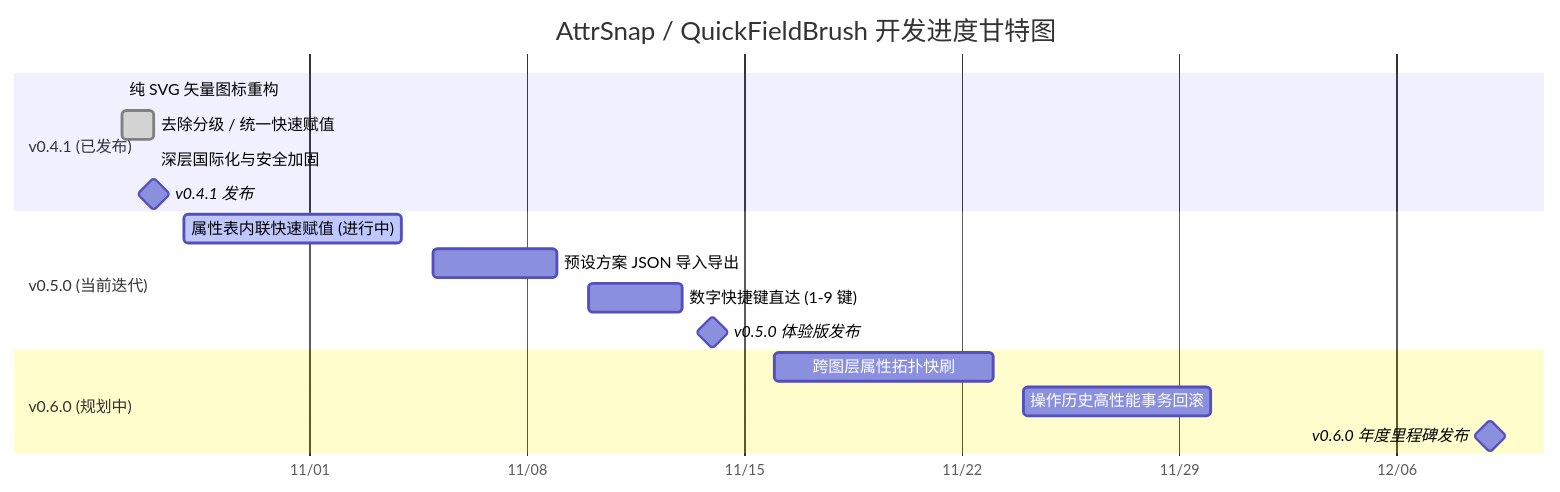
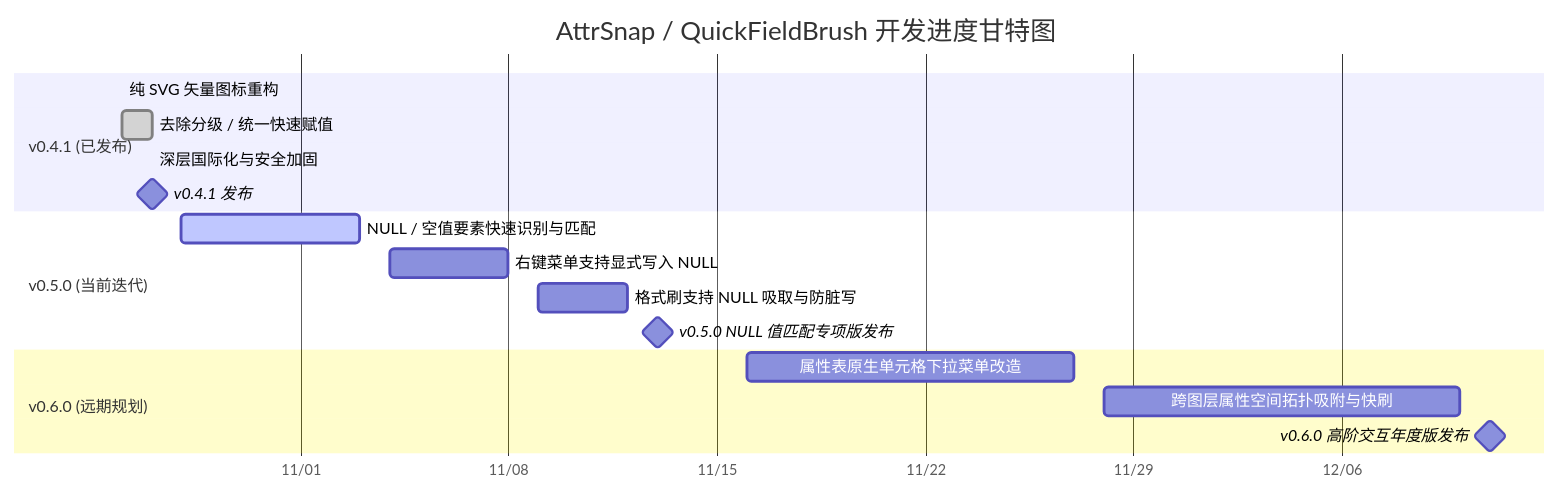
One commit to OpenQGIS/QuickFieldBrush changed the diagram in README.md. Above: the diagram before and after it, drawn with Mermaid. The commit also changed other lines of this file and 1 other file, not shown here.

Commit message:
docs(roadmap): update sprint focus to NULL value matching and add future plans for table dropdown & cross-layer snapping

````diff
--- a/README.md
+++ b/README.md
@@ -48,24 +48,24 @@
 ```mermaid
 gantt
     title AttrSnap / QuickFieldBrush 开发进度甘特图
     dateFormat  YYYY-MM-DD
     axisFormat  %m/%d
     todayMarker stroke-width:2px,stroke:#2563EB,opacity:0.8
 
     section v0.4.1 (已发布)
     纯 SVG 矢量图标重构           :done,    t1, 2026-10-26, 2026-10-26
     去除分级 / 统一快速赋值       :done,    t2, 2026-10-26, 2026-10-27
     深层国际化与安全加固          :done,    t3, 2026-10-27, 2026-10-27
     v0.4.1 发布                   :milestone, m1, 2026-10-27, 0d
 
     section v0.5.0 (当前迭代)
-    属性表内联快速赋值 (进行中)   :active,  t4, 2026-10-28, 2026-11-04
-    预设方案 JSON 导入导出        :         t5, 2026-11-05, 2026-11-09
-    数字快捷键直达 (1-9 键)       :         t6, 2026-11-10, 2026-11-13
-    v0.5.0 体验版发布             :milestone, m2, 2026-11-14, 0d
+    NULL / 空值要素快速识别与匹配 :active,  t4, 2026-10-28, 2026-11-03
+    右键菜单支持显式写入 NULL     :         t5, 2026-11-04, 2026-11-08
+    格式刷支持 NULL 吸取与防脏写  :         t6, 2026-11-09, 2026-11-12
+    v0.5.0 NULL 值匹配专项版发布  :milestone, m2, 2026-11-13, 0d
 
-    section v0.6.0 (规划中)
-    跨图层属性拓扑快刷            :         t7, 2026-11-16, 2026-11-23
-    操作历史高性能事务回滚        :         t8, 2026-11-24, 2026-11-30
-    v0.6.0 年度里程碑发布         :milestone, m3, 2026-12-09, 0d
+    section v0.6.0 (远期规划)
+    属性表原生单元格下拉菜单改造  :         t7, 2026-11-16, 2026-11-27
+    跨图层属性空间拓扑吸附与快刷  :         t8, 2026-11-28, 2026-12-10
+    v0.6.0 高阶交互年度版发布     :milestone, m3, 2026-12-11, 0d
 ```
````
